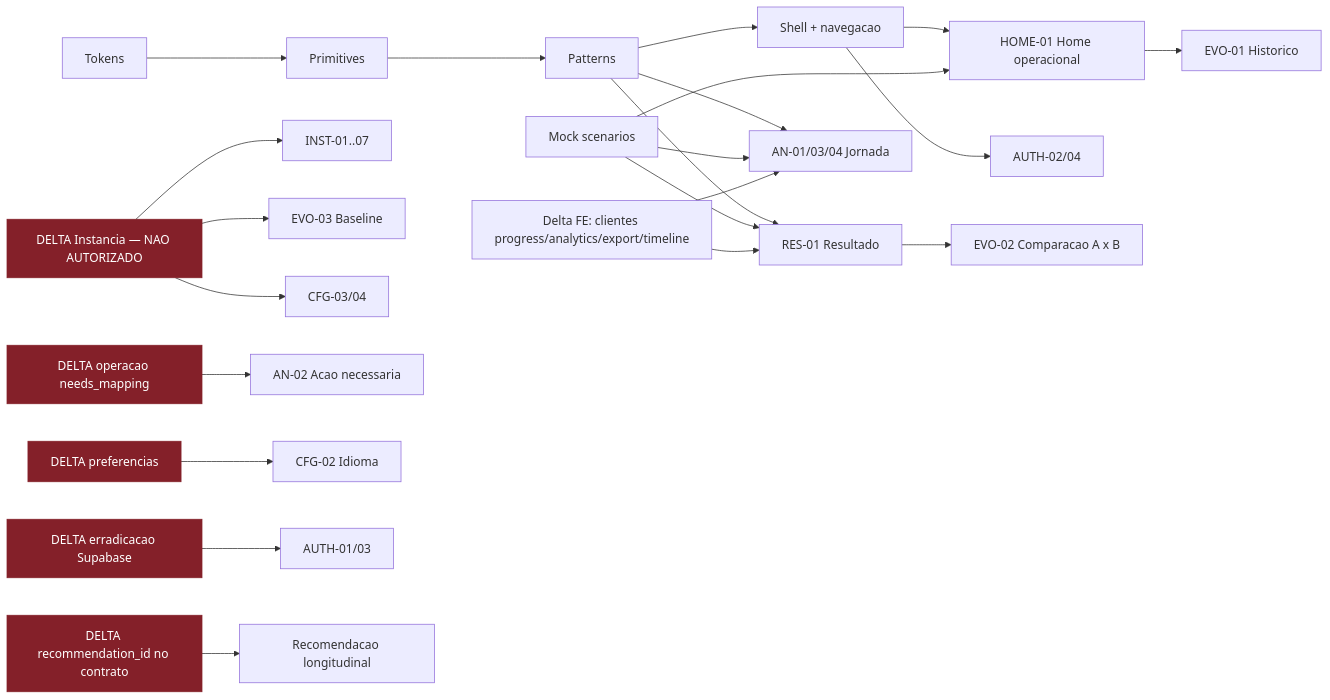
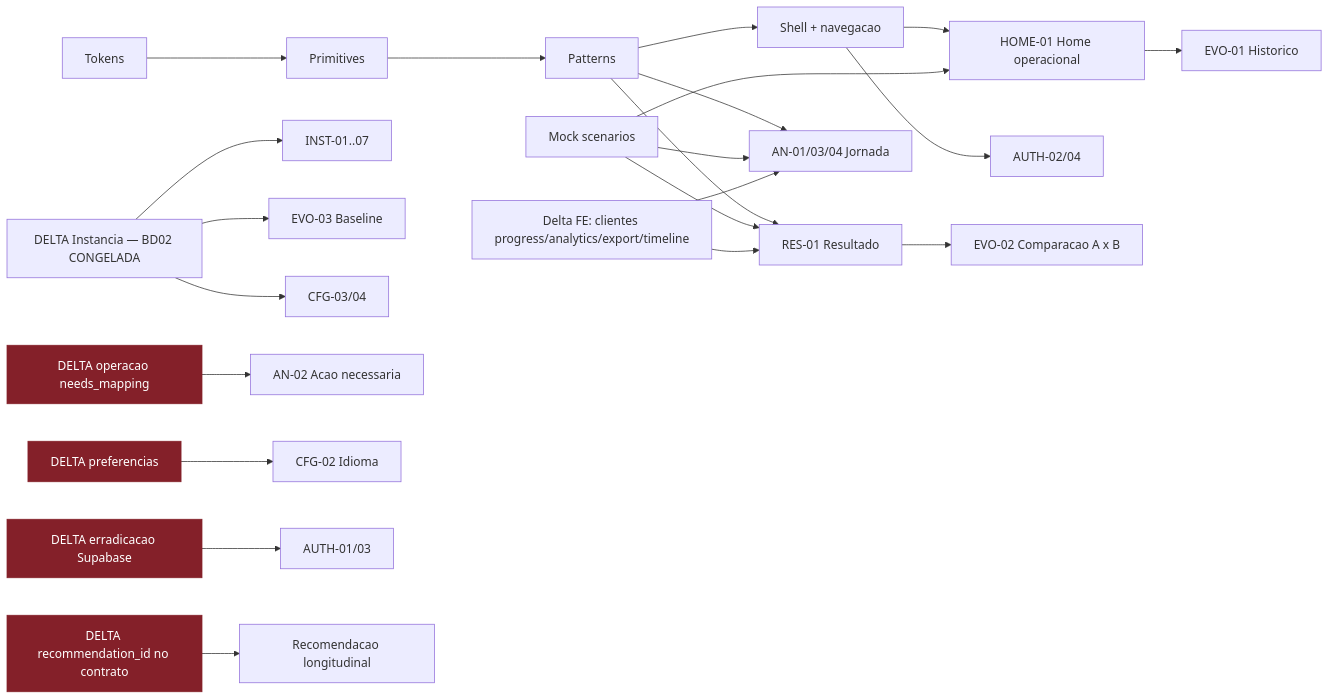
The second of 2 diagrams in docs/EXPERIENCE-BLUEPRINT-V1.md (eduardosampaio1/sentinela-front), drawn with Mermaid before and after one commit. The commit also changed other lines of this file and 3 other files, not shown here.

````diff
--- a/docs/EXPERIENCE-BLUEPRINT-V1.md
+++ b/docs/EXPERIENCE-BLUEPRINT-V1.md
@@ -751,29 +755,29 @@
 ```mermaid
 flowchart LR
   TOK["Tokens"] --> PRI["Primitives"]
   PRI --> PAT["Patterns"]
   PAT --> SHELL["Shell + navegacao"]
   PAT --> RES["RES-01 Resultado"]
   SHELL --> HOME["HOME-01 Home operacional"]
   SHELL --> AUTH["AUTH-02/04"]
   PAT --> AN["AN-01/03/04 Jornada"]
   RES --> EVO2["EVO-02 Comparacao A x B"]
   HOME --> EVO1["EVO-01 Historico"]
 
   MSW["Mock scenarios"] --> RES
   MSW --> HOME
   MSW --> AN
 
   DFE["Delta FE: clientes progress/analytics/export/timeline"] --> RES
   DFE --> AN
 
-  DINST["DELTA Instancia — NAO AUTORIZADO"]:::blk --> INST["INST-01..07"]
+  DINST["DELTA Instancia — BD02 CONGELADA"] --> INST["INST-01..07"]
   DINST --> EVO3["EVO-03 Baseline"]
   DINST --> CFG34["CFG-03/04"]
   DNM["DELTA operacao needs_mapping"]:::blk --> AN2["AN-02 Acao necessaria"]
   DPREF["DELTA preferencias"]:::blk --> CFG2["CFG-02 Idioma"]
   DSUP["DELTA erradicacao Supabase"]:::blk --> AUTH13["AUTH-01/03"]
   DREC["DELTA recommendation_id no contrato"]:::blk --> RECL["Recomendacao longitudinal"]
 
   classDef blk fill:#842029,stroke:#842029,color:#fff
 ```
````
